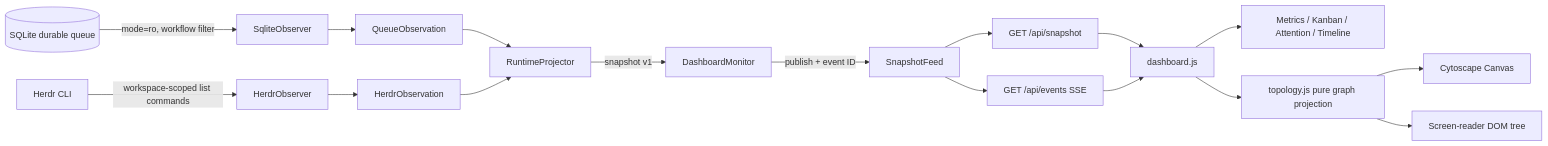
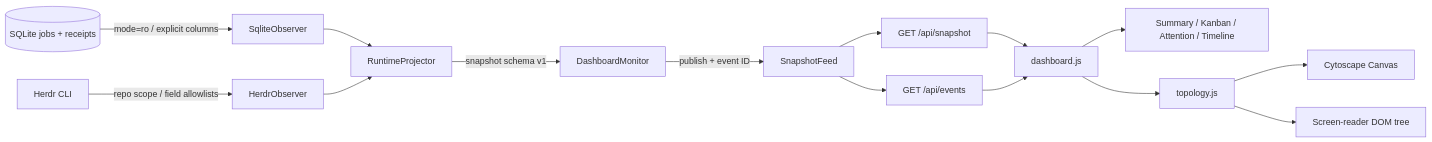
The diagram in droid-wiki/systems/dashboard.md (oldwinter/herdr-orchestrator), drawn with Mermaid before and after one commit. The commit also changed other lines of this file and 62 other files, not shown here.

````diff
--- a/droid-wiki/systems/dashboard.md
+++ b/droid-wiki/systems/dashboard.md
@@ -90,19 +86,17 @@
 ```mermaid
 flowchart LR
-    DB[(SQLite durable queue)] -->|mode=ro, workflow filter| SO[SqliteObserver]
-    H[Herdr CLI] -->|workspace-scoped list commands| HO[HerdrObserver]
-    SO --> QO[QueueObservation]
-    HO --> HRO[HerdrObservation]
-    QO --> RP[RuntimeProjector]
-    HRO --> RP
-    RP -->|snapshot v1| DM[DashboardMonitor]
-    DM -->|publish + event ID| SF[SnapshotFeed]
-    SF --> SNAP[GET /api/snapshot]
-    SF --> SSE[GET /api/events SSE]
-    SNAP --> JS[dashboard.js]
-    SSE --> JS
-    JS --> DOM[Metrics / Kanban / Attention / Timeline]
-    JS --> TG[topology.js pure graph projection]
+    DB[(SQLite jobs + receipts)] -->|mode=ro / explicit columns| SO[SqliteObserver]
+    H[Herdr CLI] -->|repo scope / field allowlists| HO[HerdrObserver]
+    SO --> RP[RuntimeProjector]
+    HO --> RP
+    RP -->|snapshot schema v1| M[DashboardMonitor]
+    M -->|publish + event ID| F[SnapshotFeed]
+    F --> SNAP[GET /api/snapshot]
+    F --> SSE[GET /api/events]
+    SNAP --> UI[dashboard.js]
+    SSE --> UI
+    UI --> PANELS[Summary / Kanban / Attention / Timeline]
+    UI --> TG[topology.js]
     TG --> CY[Cytoscape Canvas]
     TG --> A11Y[Screen-reader DOM tree]
 ```
````
